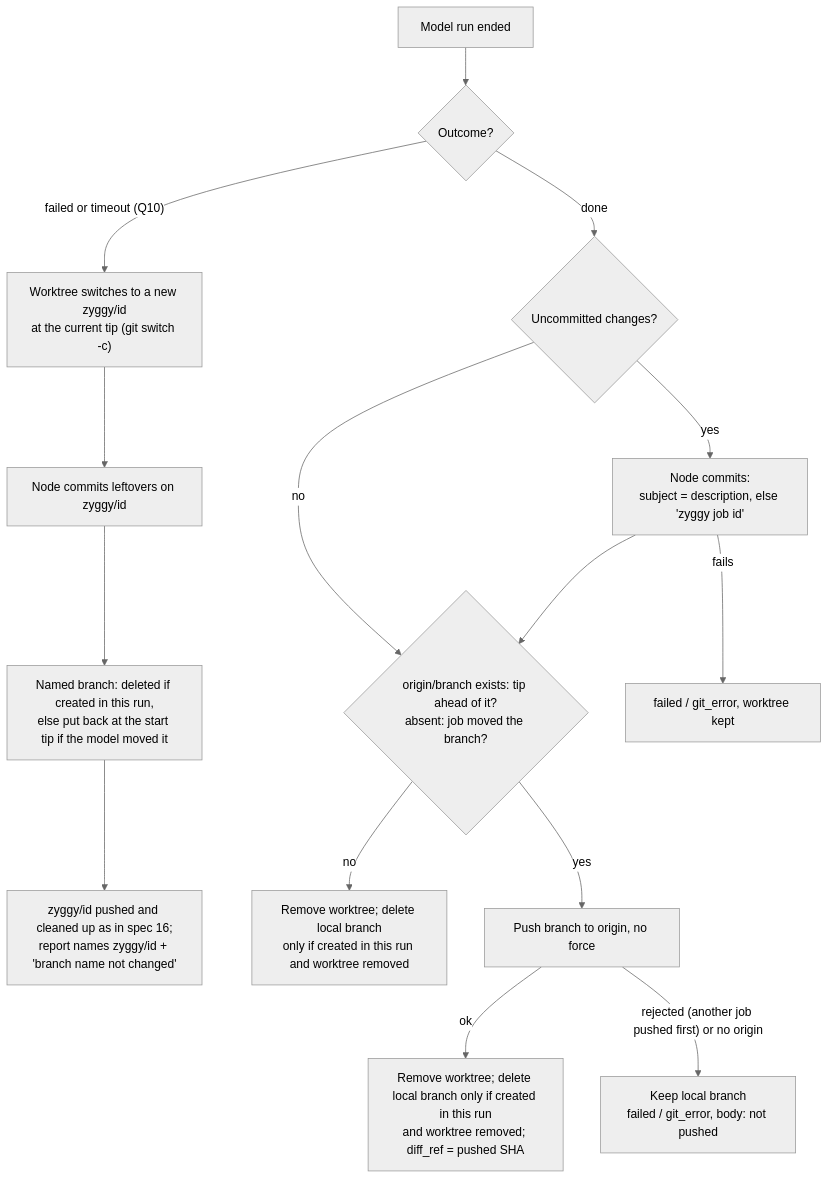
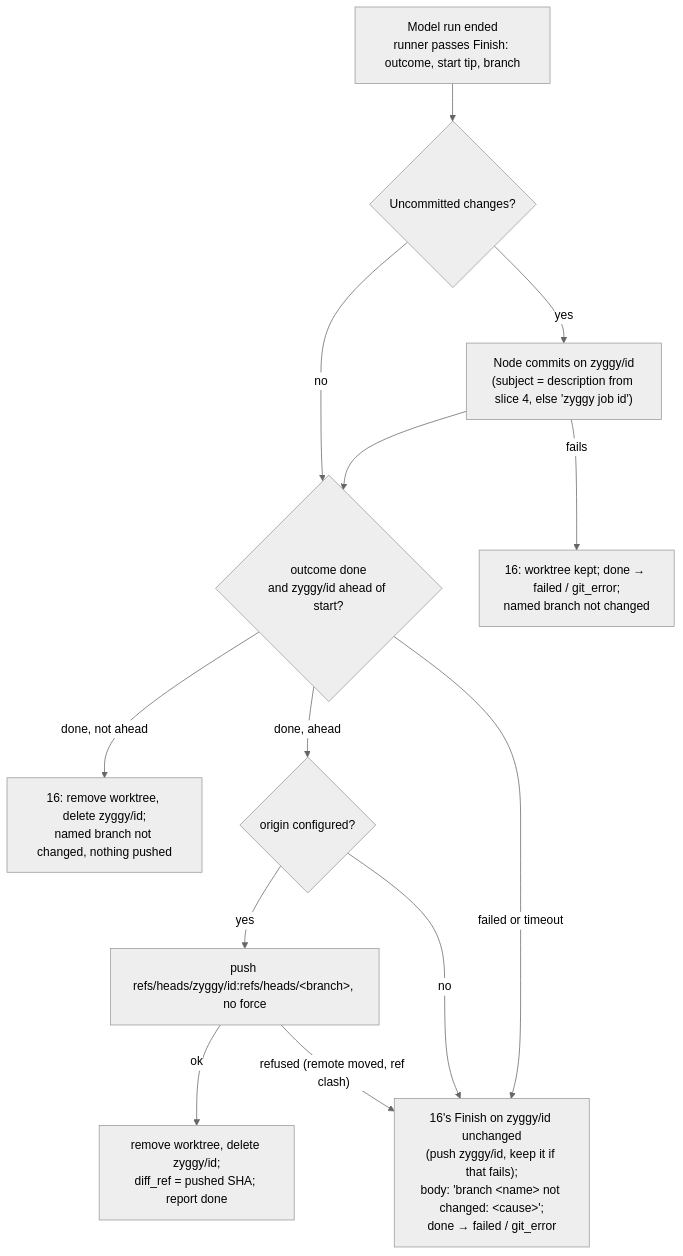
One commit to zyggy-org/zyggy changed the fourth of 5 diagrams in _specs/53-job-branch-name.md. Above: the diagram before and after it, drawn with Mermaid (neutral theme). The commit also changed other lines of this file, not shown here.

Commit message:
zyggy job 01M7MXV2G55EM7ABCWAE092FNJ

````diff
--- a/_specs/53-job-branch-name.md
+++ b/_specs/53-job-branch-name.md
@@ -136,17 +132,15 @@
 ```mermaid
 flowchart TD
-  run[Model run ended] --> outcome{Outcome?}
-  outcome -- "failed or timeout (Q10)" --> sw["Worktree switches to a new zyggy/id<br/>at the current tip (git switch -c)"]
-  sw --> fcommit["Node commits leftovers on zyggy/id"]
-  fcommit --> back["Named branch: deleted if created in this run,<br/>else put back at the start tip if the model moved it"]
-  back --> f16["zyggy/id pushed and cleaned up as in spec 16;<br/>report names zyggy/id + 'branch name not changed'"]
-  outcome -- done --> left{Uncommitted changes?}
-  left -- yes --> commit["Node commits:<br/>subject = description, else 'zyggy job id'"]
+  run["Model run ended<br/>runner passes Finish: outcome, start tip, branch"] --> left{Uncommitted changes?}
+  left -- yes --> commit["Node commits on zyggy/id<br/>(subject = description from slice 4, else 'zyggy job id')"]
   left -- no --> tip
-  commit -- fails --> keepwt["failed / git_error, worktree kept"]
-  commit --> tip{"origin/branch exists: tip ahead of it?<br/>absent: job moved the branch?"}
-  tip -- no --> clean["Remove worktree; delete local branch<br/>only if created in this run and worktree removed"]
-  tip -- yes --> push["Push branch to origin, no force"]
-  push -- ok --> ok["Remove worktree; delete local branch only if created in this run<br/>and worktree removed; diff_ref = pushed SHA"]
-  push -- rejected (another job pushed first) or no origin --> kept["Keep local branch<br/>failed / git_error, body: not pushed"]
+  commit -- fails --> keepwt["16: worktree kept; done → failed / git_error;<br/>named branch not changed"]
+  commit --> tip{"outcome done<br/>and zyggy/id ahead of start?"}
+  tip -- "done, not ahead" --> clean["16: remove worktree, delete zyggy/id;<br/>named branch not changed, nothing pushed"]
+  tip -- "done, ahead" --> origin{origin configured?}
+  origin -- yes --> push["push refs/heads/zyggy/id:refs/heads/&lt;branch&gt;, no force"]
+  push -- ok --> ok["remove worktree, delete zyggy/id;<br/>diff_ref = pushed SHA; report done"]
+  push -- "refused (remote moved, ref clash)" --> f16
+  origin -- no --> f16
+  tip -- "failed or timeout" --> f16["16's Finish on zyggy/id unchanged<br/>(push zyggy/id, keep it if that fails);<br/>body: 'branch &lt;name&gt; not changed: &lt;cause&gt;';<br/>done → failed / git_error"]
 ```
````
